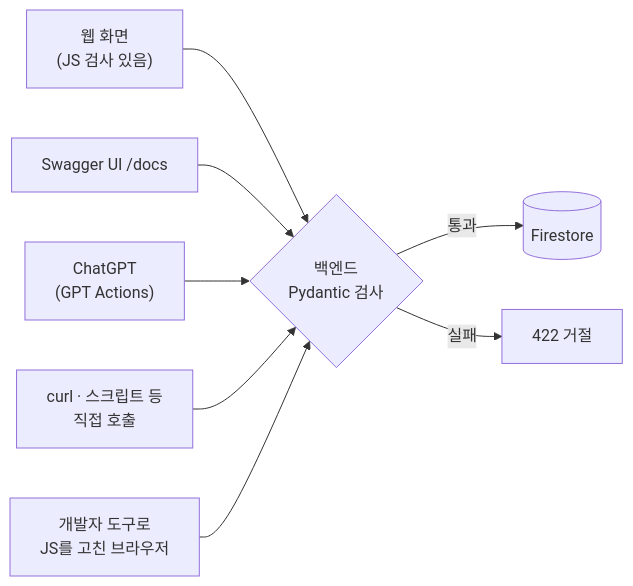
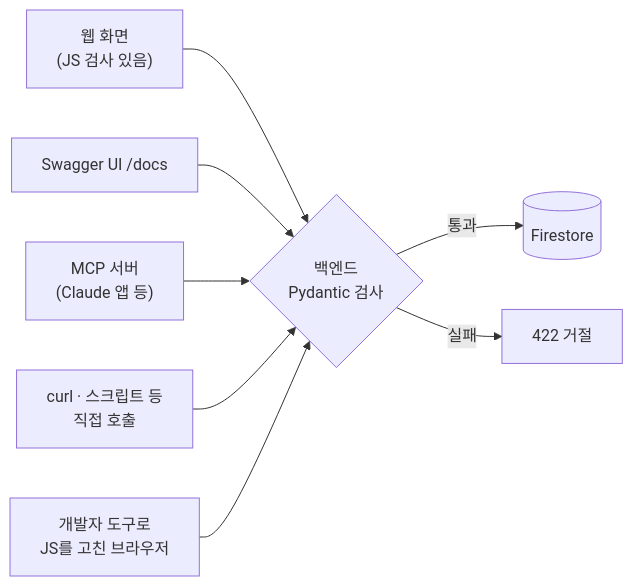
Before and after one commit to goodday-min/Rule_Keeper: the tenth of 15 diagrams in README.md, drawn with Mermaid. The commit also changed other lines of this file, not shown here.

Commit message:
README 보강, MCP 서버 추가

````diff
--- a/README.md
+++ b/README.md
@@ -475,10 +674,10 @@
 ```mermaid
 flowchart LR
     W["웹 화면<br/>(JS 검사 있음)"] --> API
     SW["Swagger UI /docs"] --> API
-    GA["ChatGPT<br/>(GPT Actions)"] --> API
+    GA["MCP 서버<br/>(Claude 앱 등)"] --> API
     CL["curl · 스크립트 등<br/>직접 호출"] --> API
     DT["개발자 도구로<br/>JS를 고친 브라우저"] --> API
     API{"백엔드<br/>Pydantic 검사"} -->|통과| DB[(Firestore)]
     API -->|실패| X[422 거절]
 ```
````
